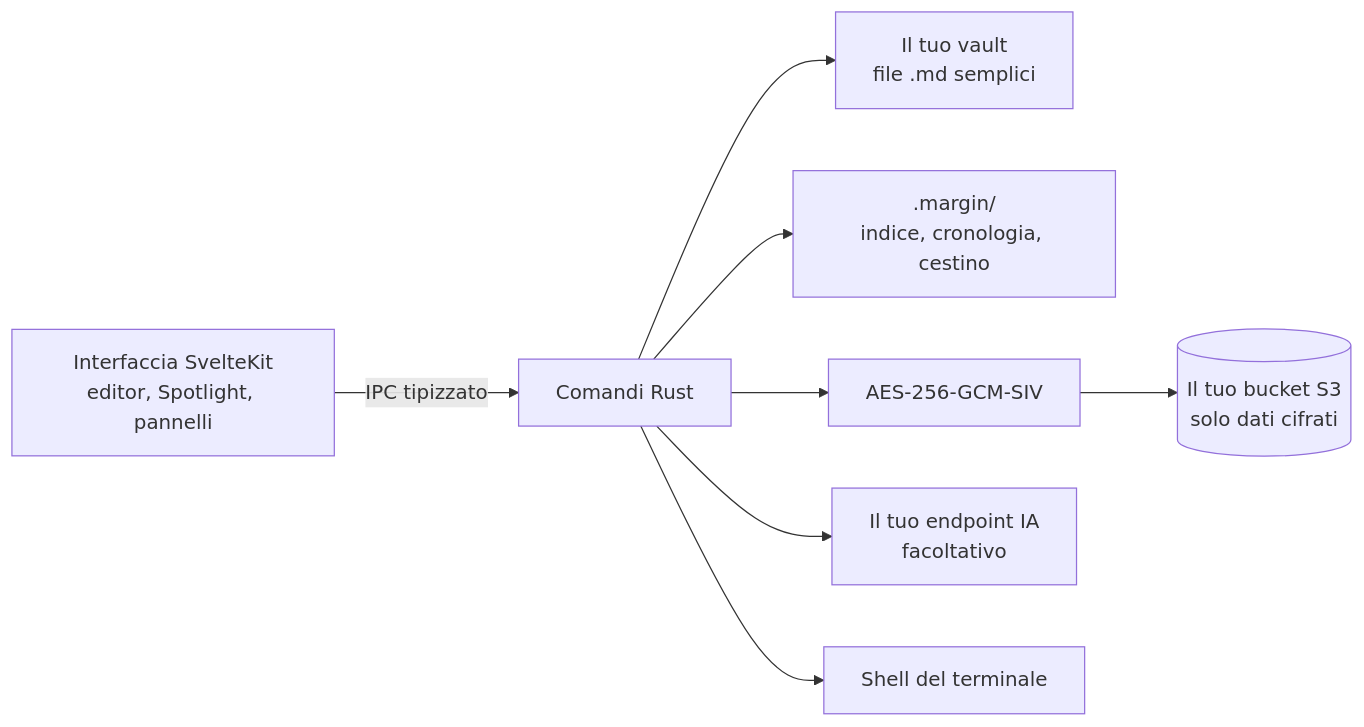
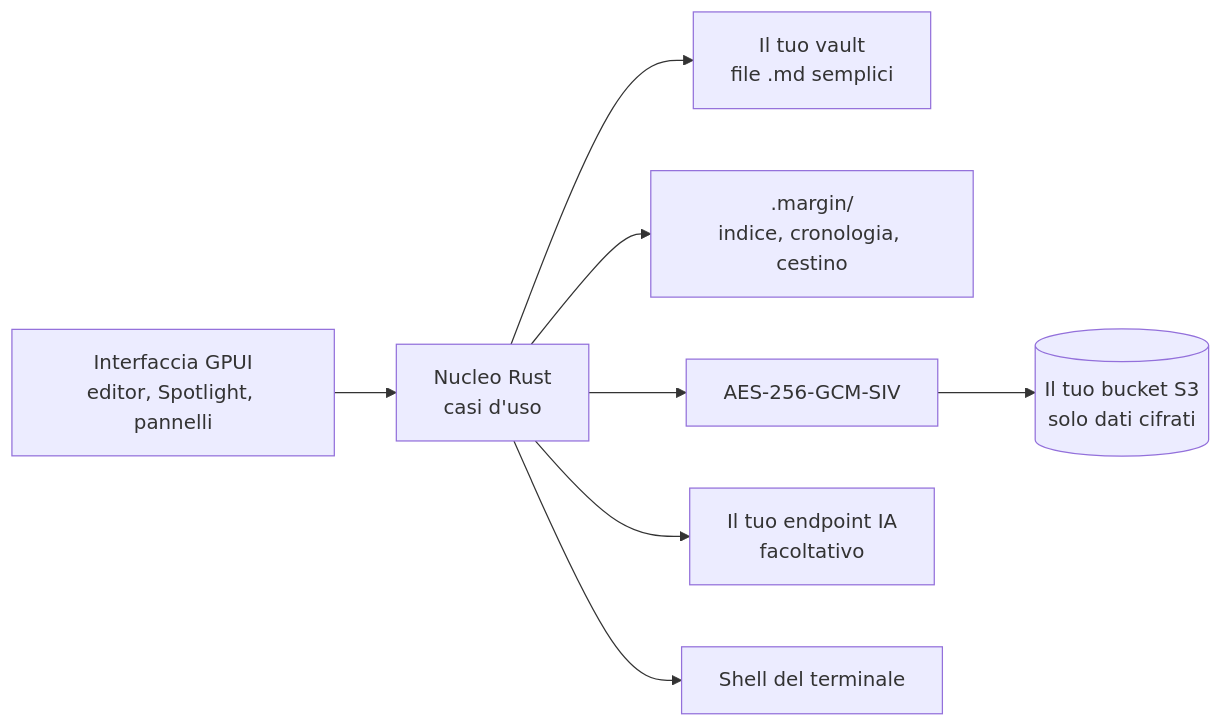
One commit to lowsbarrel/margin changed the diagram in README-IT.md. Above: the diagram before and after it, drawn with Mermaid. The commit also changed other lines of this file and 799 other files, not shown here.

Commit message:
feat: start native gpui rewrite with hexagonal rust core

````diff
--- a/README-IT.md
+++ b/README-IT.md
@@ -143,10 +140,10 @@
 ```mermaid
 flowchart LR
-  UI["Interfaccia SvelteKit<br/>editor, Spotlight, pannelli"] -->|IPC tipizzato| Rust["Comandi Rust"]
-  Rust --> Vault["Il tuo vault<br/>file .md semplici"]
-  Rust --> Local[".margin/<br/>indice, cronologia, cestino"]
-  Rust --> Crypto["AES-256-GCM-SIV"]
+  UI["Interfaccia GPUI<br/>editor, Spotlight, pannelli"] --> Core["Nucleo Rust<br/>casi d'uso"]
+  Core --> Vault["Il tuo vault<br/>file .md semplici"]
+  Core --> Local[".margin/<br/>indice, cronologia, cestino"]
+  Core --> Crypto["AES-256-GCM-SIV"]
   Crypto --> Bucket[("Il tuo bucket S3<br/>solo dati cifrati")]
-  Rust --> AI["Il tuo endpoint IA<br/>facoltativo"]
-  Rust --> Shells["Shell del terminale"]
+  Core --> AI["Il tuo endpoint IA<br/>facoltativo"]
+  Core --> Shells["Shell del terminale"]
 ```
````
